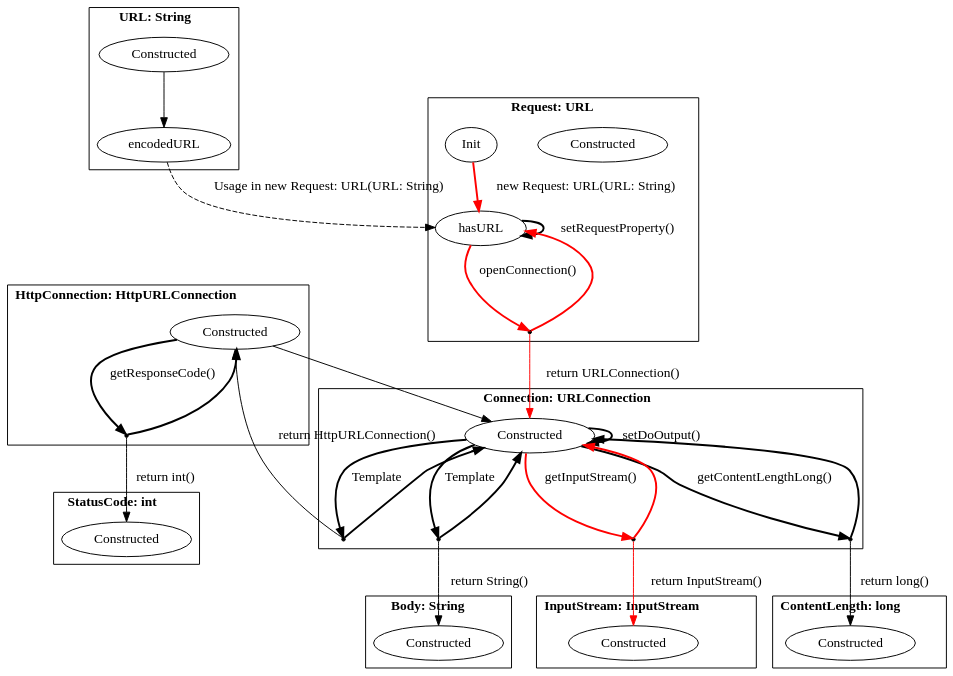
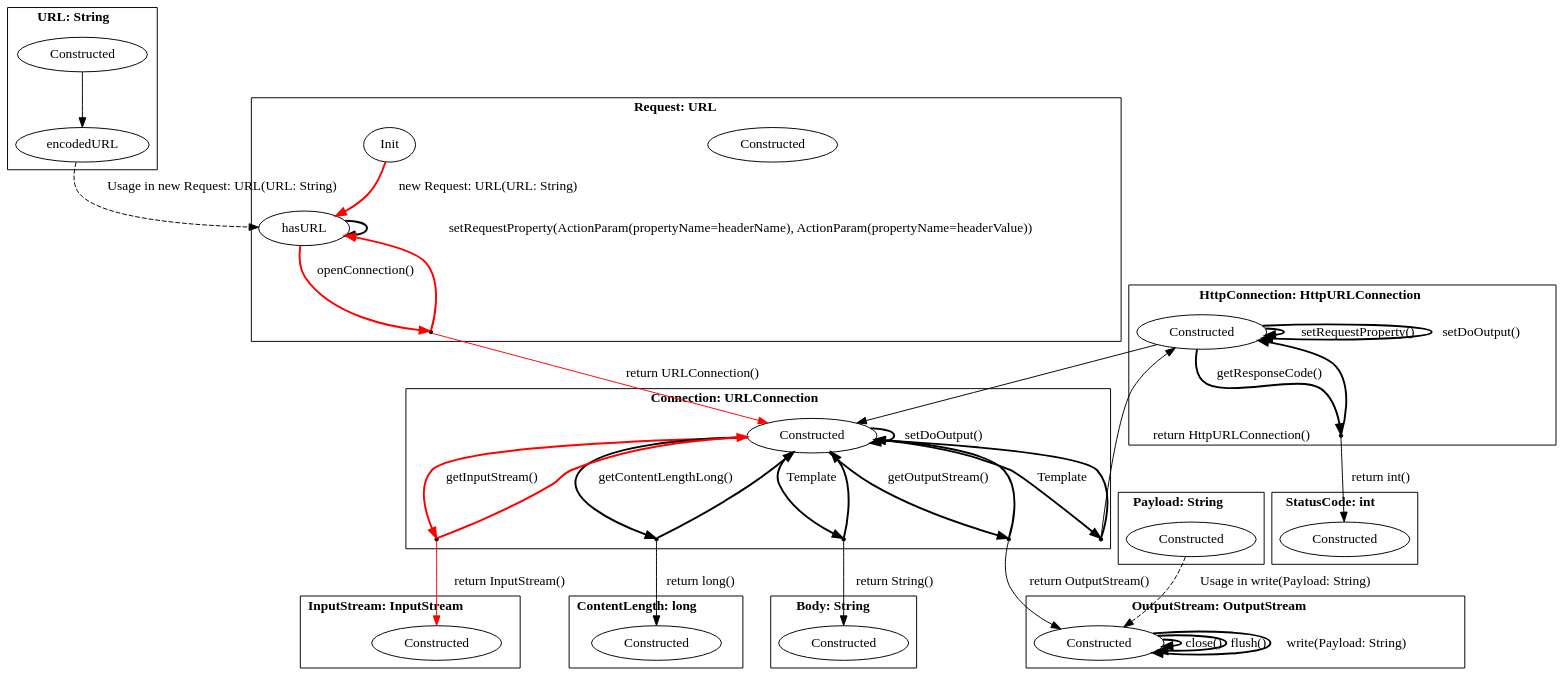
The diagram in pictures/extracted_java.dot (h31/LibraryMigration), drawn with Graphviz before and after one commit. The commit also changed 12 other files, not shown here.

```diff
--- a/pictures/extracted_java.dot
+++ b/pictures/extracted_java.dot
@@ -1,68 +1,86 @@
 digraph G {
     bgcolor="transparent";
     subgraph cluster0 {
     label = <<B>URL: String</B>>;
         Constructed_URL [ label="Constructed" ];
         encodedURL_URL [ label="encodedURL" ];
     }
     subgraph cluster1 {
     label = <<B>Request: URL</B>>;
         Constructed_Request [ label="Constructed" ];
         hasURL_Request [ label="hasURL" ];
         Init_Request [ label="Init" ];
         virtual0 [ shape = point ];
     }
     subgraph cluster2 {
     label = <<B>Connection: URLConnection</B>>;
         Constructed_Connection [ label="Constructed" ];
         virtual1 [ shape = point ];
         virtual2 [ shape = point ];
         virtual3 [ shape = point ];
         virtual4 [ shape = point ];
+        virtual5 [ shape = point ];
     }
     subgraph cluster3 {
     label = <<B>Body: String</B>>;
         Constructed_Body [ label="Constructed" ];
     }
     subgraph cluster4 {
     label = <<B>InputStream: InputStream</B>>;
         Constructed_InputStream [ label="Constructed" ];
     }
     subgraph cluster5 {
     label = <<B>ContentLength: long</B>>;
         Constructed_ContentLength [ label="Constructed" ];
     }
     subgraph cluster6 {
     label = <<B>StatusCode: int</B>>;
         Constructed_StatusCode [ label="Constructed" ];
     }
     subgraph cluster7 {
     label = <<B>HttpConnection: HttpURLConnection</B>>;
         Constructed_HttpConnection [ label="Constructed" ];
-        virtual5 [ shape = point ];
+        virtual6 [ shape = point ];
+    }
+    subgraph cluster8 {
+    label = <<B>OutputStream: OutputStream</B>>;
+        Constructed_OutputStream [ label="Constructed" ];
+    }
+    subgraph cluster9 {
+    label = <<B>Payload: String</B>>;
+        Constructed_Payload [ label="Constructed" ];
     }
         Constructed_URL -> encodedURL_URL [ label="", style = "solid"  ];
         encodedURL_URL -> hasURL_Request [ label="Usage in new Request: URL(URL: String)", style = "dashed"  ];
         Init_Request -> hasURL_Request [ label="new Request: URL(URL: String)", style = "bold" , color = red ];
         hasURL_Request -> virtual0 [ style = "bold" label="openConnection()" , color = red ];
         virtual0 -> hasURL_Request [ style = "bold" , color = red ];
         virtual0 -> Constructed_Connection [ label="return URLConnection()" , color = red ];
         Constructed_Connection -> virtual1 [ style = "bold" label="Template"  ];
         virtual1 -> Constructed_Connection [ style = "bold"  ];
         virtual1 -> Constructed_Body [ label="return String()"  ];
         Constructed_Connection -> virtual2 [ style = "bold" label="getInputStream()" , color = red ];
         virtual2 -> Constructed_Connection [ style = "bold" , color = red ];
         virtual2 -> Constructed_InputStream [ label="return InputStream()" , color = red ];
-        hasURL_Request -> hasURL_Request [ label="setRequestProperty()", style = "bold"  ];
+        hasURL_Request -> hasURL_Request [ label="setRequestProperty(ActionParam(propertyName&#x3D;headerName), ActionParam(propertyName&#x3D;headerValue))", style = "bold"  ];
         Constructed_Connection -> Constructed_Connection [ label="setDoOutput()", style = "bold"  ];
         Constructed_Connection -> virtual3 [ style = "bold" label="getContentLengthLong()"  ];
         virtual3 -> Constructed_Connection [ style = "bold"  ];
         virtual3 -> Constructed_ContentLength [ label="return long()"  ];
-        Constructed_Connection -> virtual4 [ style = "bold" label="Template"  ];
+        Constructed_Connection -> virtual4 [ style = "bold" label="getOutputStream()"  ];
         virtual4 -> Constructed_Connection [ style = "bold"  ];
-        virtual4 -> Constructed_HttpConnection [ label="return HttpURLConnection()"  ];
+        virtual4 -> Constructed_OutputStream [ label="return OutputStream()"  ];
+        Constructed_Connection -> virtual5 [ style = "bold" label="Template"  ];
+        virtual5 -> Constructed_Connection [ style = "bold"  ];
+        virtual5 -> Constructed_HttpConnection [ label="return HttpURLConnection()"  ];
         Constructed_HttpConnection -> Constructed_Connection [ label="", style = "solid"  ];
-        Constructed_HttpConnection -> virtual5 [ style = "bold" label="getResponseCode()"  ];
-        virtual5 -> Constructed_HttpConnection [ style = "bold"  ];
-        virtual5 -> Constructed_StatusCode [ label="return int()"  ];
+        Constructed_HttpConnection -> virtual6 [ style = "bold" label="getResponseCode()"  ];
+        virtual6 -> Constructed_HttpConnection [ style = "bold"  ];
+        virtual6 -> Constructed_StatusCode [ label="return int()"  ];
+        Constructed_HttpConnection -> Constructed_HttpConnection [ label="setRequestProperty()", style = "bold"  ];
+        Constructed_HttpConnection -> Constructed_HttpConnection [ label="setDoOutput()", style = "bold"  ];
+        Constructed_OutputStream -> Constructed_OutputStream [ label="close()", style = "bold"  ];
+        Constructed_OutputStream -> Constructed_OutputStream [ label="flush()", style = "bold"  ];
+        Constructed_OutputStream -> Constructed_OutputStream [ label="write(Payload: String)", style = "bold"  ];
+        Constructed_Payload -> Constructed_OutputStream [ label="Usage in write(Payload: String)", style = "dashed"  ];
 }
```
